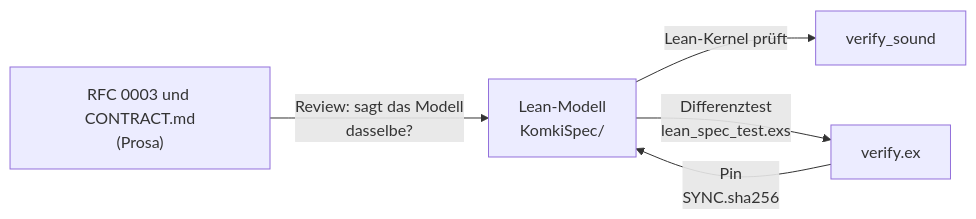
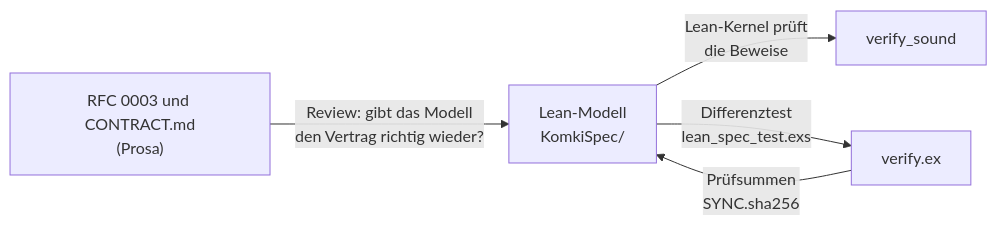
Before and after one commit to croesnick/kommunalpolitik_ki: the diagram in apps/komki_policy/lean/README.md, drawn with Mermaid. The commit also changed other lines of this file and 8 other files, not shown here.

First line of the commit message:
komki_policy: Lean-Doku für Leser ohne Lean-Vorwissen umgeschrieben (Ticket #625)

````diff
--- a/apps/komki_policy/lean/README.md
+++ b/apps/komki_policy/lean/README.md
@@ -32,7 +126,7 @@
 ```mermaid
 flowchart LR
-  RFC["RFC 0003 und CONTRACT.md<br/>(Prosa)"] -->|"Review: sagt das Modell<br/>dasselbe?"| Modell["Lean-Modell<br/>KomkiSpec/"]
-  Modell -->|"Lean-Kernel prüft"| Beweis["verify_sound"]
+  RFC["RFC 0003 und CONTRACT.md<br/>(Prosa)"] -->|"Review: gibt das Modell<br/>den Vertrag richtig wieder?"| Modell["Lean-Modell<br/>KomkiSpec/"]
+  Modell -->|"Lean-Kernel prüft<br/>die Beweise"| Beweis["verify_sound"]
   Modell -->|"Differenztest<br/>lean_spec_test.exs"| Elixir["verify.ex"]
-  Elixir -->|"Pin<br/>SYNC.sha256"| Modell
+  Elixir -->|"Prüfsummen<br/>SYNC.sha256"| Modell
 ```
````
